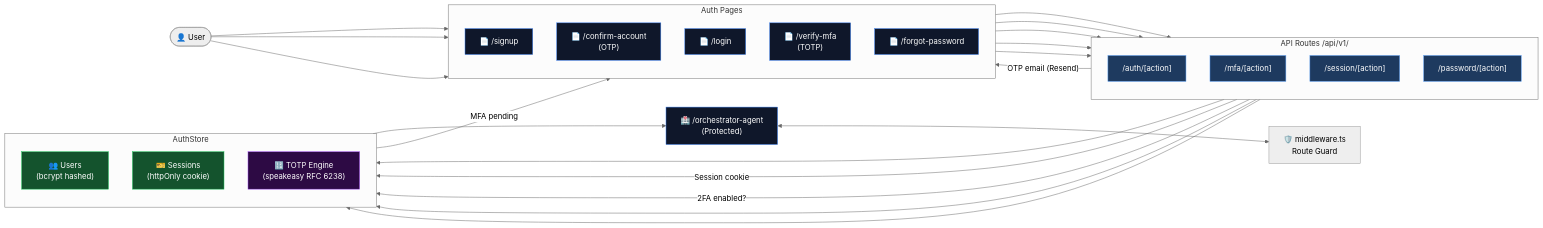
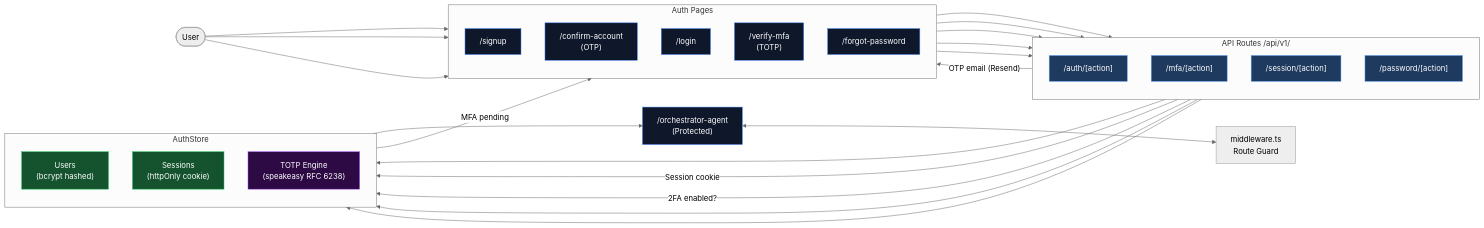
Before and after one commit to Rachit-Tiwari-7/SYNAPSE-OS: the third of 8 diagrams in README.md, drawn with Mermaid (neutral theme). The commit also changed other lines of this file, not shown here.

Commit message:
docs(readme): remove decorative emojis from headings, diagrams, and table of contents

````diff
--- a/README.md
+++ b/README.md
@@ -317,46 +317,46 @@
 ```mermaid
 flowchart LR
     classDef page fill:#0f172a,stroke:#3b82f6,color:#fff
     classDef api fill:#1e3a5f,stroke:#60a5fa,color:#fff
     classDef store fill:#14532d,stroke:#22c55e,color:#fff
     classDef mfa fill:#2d0a44,stroke:#a855f7,color:#fff
 
-    U(["👤 User"])
+    U(["User"])
 
     subgraph AUTH ["Auth Pages"]
         direction TB
-        REG["📄 /signup"]:::page
-        CONF["📄 /confirm-account\n(OTP)"]:::page
-        LOG["📄 /login"]:::page
-        MFP["📄 /verify-mfa\n(TOTP)"]:::page
-        FP["📄 /forgot-password"]:::page
+        REG["/signup"]:::page
+        CONF["/confirm-account\n(OTP)"]:::page
+        LOG["/login"]:::page
+        MFP["/verify-mfa\n(TOTP)"]:::page
+        FP["/forgot-password"]:::page
     end
 
     subgraph API ["API Routes /api/v1/"]
         direction TB
         A1["/auth/[action]"]:::api
         A2["/mfa/[action]"]:::api
         A3["/session/[action]"]:::api
         A4["/password/[action]"]:::api
     end
 
     subgraph STORE ["AuthStore"]
         direction TB
-        US["👥 Users\n(bcrypt hashed)"]:::store
-        SS["🎫 Sessions\n(httpOnly cookie)"]:::store
-        TOTP["🔢 TOTP Engine\n(speakeasy RFC 6238)"]:::mfa
+        US["Users\n(bcrypt hashed)"]:::store
+        SS["Sessions\n(httpOnly cookie)"]:::store
+        TOTP["TOTP Engine\n(speakeasy RFC 6238)"]:::mfa
     end
 
-    PROTECTED["🏥 /orchestrator-agent\n(Protected)"]:::page
-    MW["🛡️ middleware.ts\nRoute Guard"]
+    PROTECTED["/orchestrator-agent\n(Protected)"]:::page
+    MW["middleware.ts\nRoute Guard"]
 
     U --> REG --> A1 --> US
     A1 -->|"OTP email (Resend)"| CONF --> A1
     A1 -->|"Session cookie"| SS
     U --> LOG --> A1
     A1 -->|"2FA enabled?"| TOTP
     TOTP -->|"MFA pending"| MFP --> A2 --> SS
     SS --> PROTECTED
     PROTECTED <--> MW
     U --> FP --> A4 --> US
 ```
````
